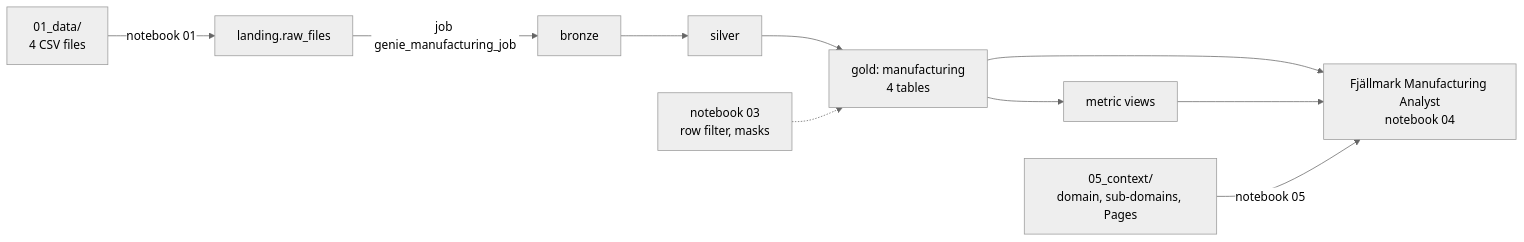
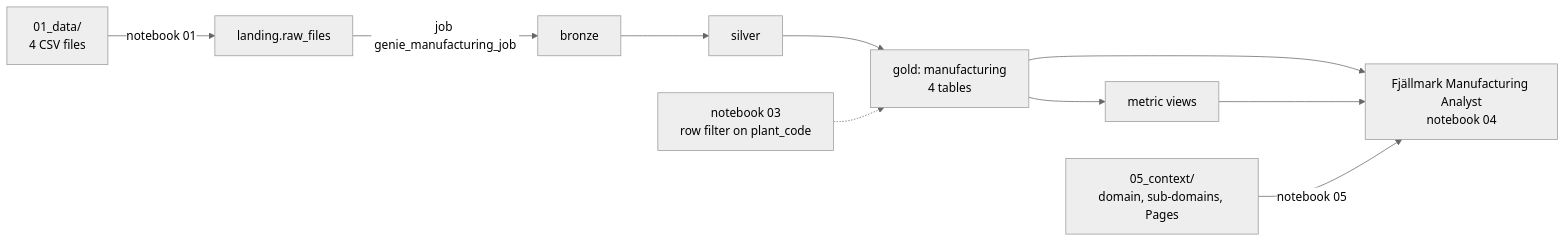
Before and after one commit to dediggibyte/genie_bootcamp_diggibyte: the diagram in bootcamp_domain/manufacturing/README.md, drawn with Mermaid (neutral theme). The commit also changed other lines of this file and 30 other files, not shown here.

First line of the commit message:
Simplify governance to one row filter driven by the user id

````diff
--- a/bootcamp_domain/manufacturing/README.md
+++ b/bootcamp_domain/manufacturing/README.md
@@ -49,10 +49,10 @@
 ```mermaid
 flowchart LR
     CSV["01_data/<br/>4 CSV files"] -->|"notebook 01"| VOL["landing.raw_files"]
     VOL -->|"job genie_manufacturing_job"| BR["bronze"] --> SI["silver"] --> GO["gold: manufacturing<br/>4 tables"]
     GO --> MV["metric views"]
-    GOV["notebook 03<br/>row filter, masks"] -.-> GO
+    GOV["notebook 03<br/>row filter on plant_code"] -.-> GO
     GO --> AG["Fjällmark Manufacturing Analyst<br/>notebook 04"]
     MV --> AG
     CTX["05_context/<br/>domain, sub-domains, Pages"] -->|"notebook 05"| AG
 ```
````
